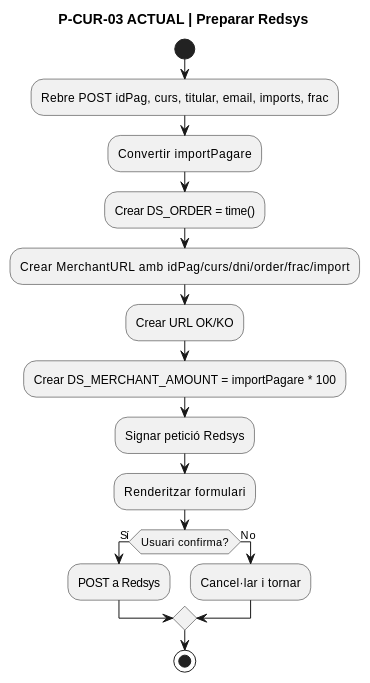
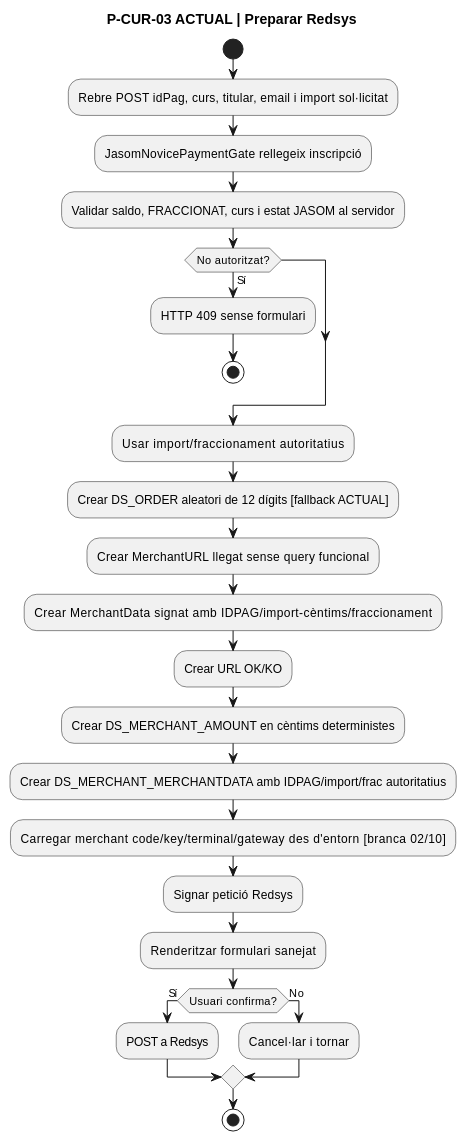
The fifth of 15 diagrams in documentacio/07-uml-integrat/uc-014-activitats-pagines-redsys-actual-final.md (orgmeriemprismacat-del/verifactu), drawn with PlantUML before and after one commit. The commit also changed other lines of this file and 58 other files, not shown here.

````diff
--- a/documentacio/07-uml-integrat/uc-014-activitats-pagines-redsys-actual-final.md
+++ b/documentacio/07-uml-integrat/uc-014-activitats-pagines-redsys-actual-final.md
@@ -124,20 +125,29 @@
 ```plantuml
 @startuml
 title P-CUR-03 ACTUAL | Preparar Redsys
 start
-:Rebre POST idPag, curs, titular, email, imports, frac;
-:Convertir importPagare;
-:Crear DS_ORDER = time();
-:Crear MerchantURL amb idPag/curs/dni/order/frac/import;
+:Rebre POST idPag, curs, titular, email i import sol·licitat;
+:JasomNovicePaymentGate rellegeix inscripció;
+:Validar saldo, FRACCIONAT, curs i estat JASOM al servidor;
+if (No autoritzat?) then (Sí)
+  :HTTP 409 sense formulari;
+  stop
+endif
+:Usar import/fraccionament autoritatius;
+:Crear DS_ORDER aleatori de 12 dígits [fallback ACTUAL];
+:Crear MerchantURL llegat sense query funcional;
+:Crear MerchantData signat amb IDPAG/import-cèntims/fraccionament;
 :Crear URL OK/KO;
-:Crear DS_MERCHANT_AMOUNT = importPagare * 100;
+:Crear DS_MERCHANT_AMOUNT en cèntims deterministes;
+:Crear DS_MERCHANT_MERCHANTDATA amb IDPAG/import/frac autoritatius;
+:Carregar merchant code/key/terminal/gateway des d'entorn [branca 02/10];
 :Signar petició Redsys;
-:Renderitzar formulari;
+:Renderitzar formulari sanejat;
 if (Usuari confirma?) then (Sí)
   :POST a Redsys;
 else (No)
   :Cancel·lar i tornar;
 endif
 stop
 @enduml
 ```
````
